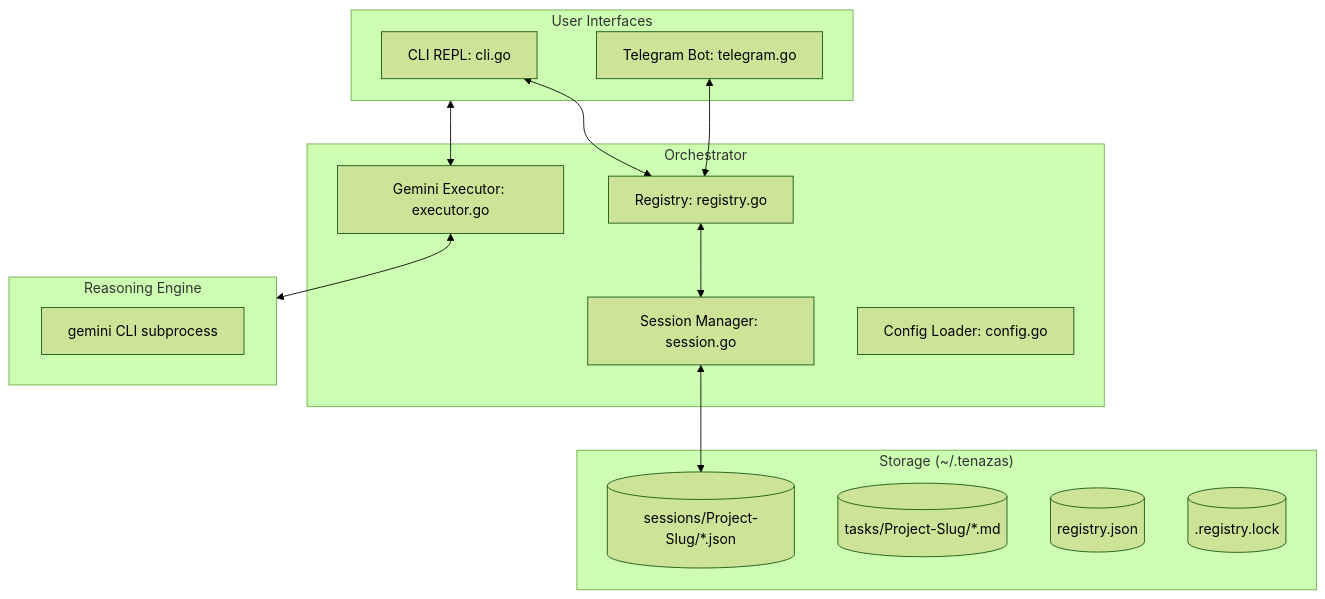
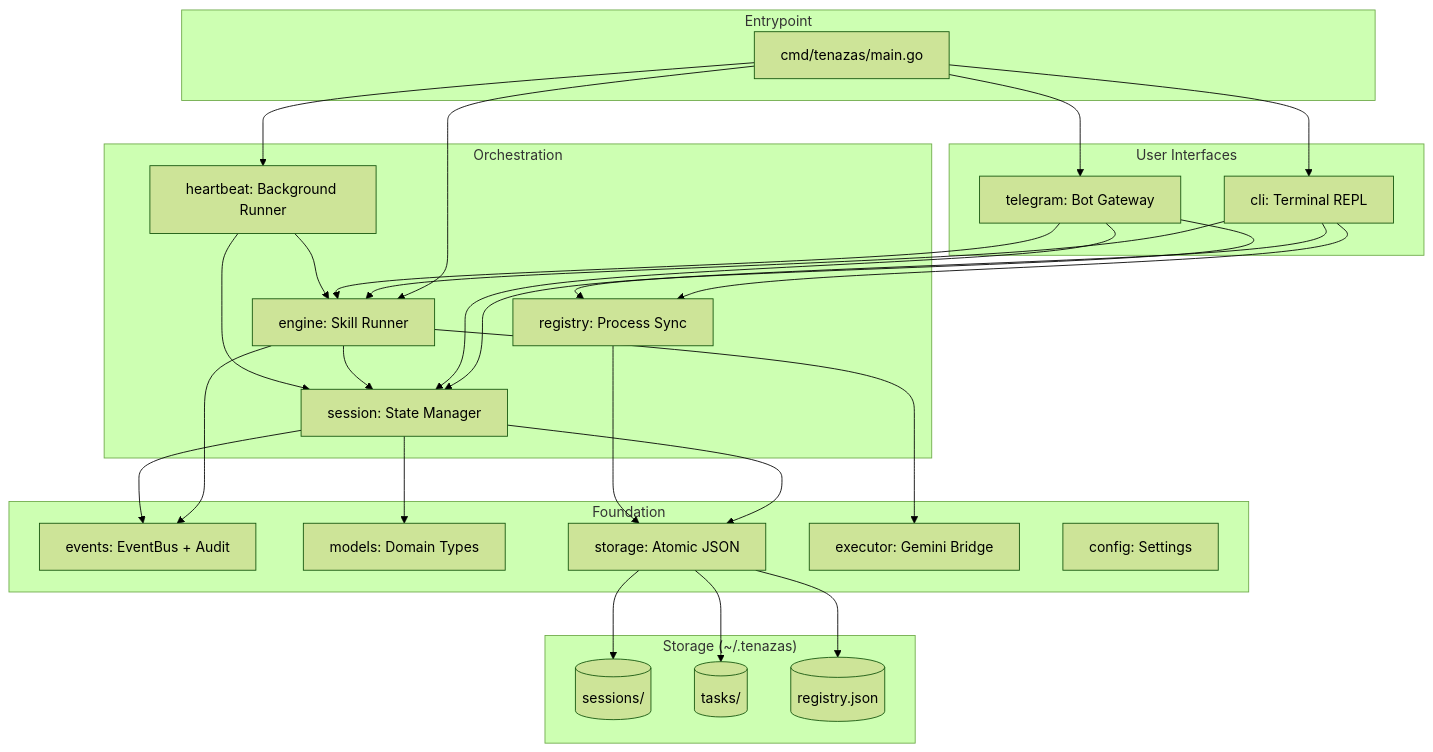
Before and after one commit to pabloubal/tenazas: the diagram in AGENTS.md, drawn with Mermaid (forest theme). The commit also changed other lines of this file and 113 other files, not shown here.

````diff
--- a/AGENTS.md
+++ b/AGENTS.md
@@ -13,32 +41,55 @@
 ```mermaid
 graph TD
-    subgraph Interfaces ["User Interfaces"]
-        CLI[CLI REPL: cli.go]
-        TG[Telegram Bot: telegram.go]
+    subgraph Entrypoint
+        Main[cmd/tenazas/main.go]
     end
 
-    subgraph Core ["Orchestrator"]
-        Registry[Registry: registry.go]
-        SessMgr[Session Manager: session.go]
-        Executor[Gemini Executor: executor.go]
-        Config[Config Loader: config.go]
+    subgraph Interfaces ["User Interfaces"]
+        CLI[cli: Terminal REPL]
+        TG[telegram: Bot Gateway]
+    end
+
+    subgraph Core ["Orchestration"]
+        Engine[engine: Skill Runner]
+        Session[session: State Manager]
+        Registry[registry: Process Sync]
+        HB[heartbeat: Background Runner]
+    end
+
+    subgraph Foundation ["Foundation"]
+        Events[events: EventBus + Audit]
+        Models[models: Domain Types]
+        Storage[storage: Atomic JSON]
+        Executor[executor: Gemini Bridge]
+        Config[config: Settings]
     end
 
     subgraph Persistence ["Storage (~/.tenazas)"]
-        SessFiles[(sessions/Project-Slug/*.json)]
-        TaskFiles[(tasks/Project-Slug/*.md)]
+        SessFiles[(sessions/)]
+        TaskFiles[(tasks/)]
         RegFile[(registry.json)]
-        LockFile[(.registry.lock)]
     end
 
-    subgraph Backend ["Reasoning Engine"]
-        GeminiCLI[gemini CLI subprocess]
-    end
-
-    CLI <--> Registry
-    TG <--> Registry
-    Registry <--> SessMgr
-    SessMgr <--> SessFiles
-    Executor <--> Backend
-    Interfaces <--> Executor
+    Main --> CLI
+    Main --> TG
+    Main --> Engine
+    Main --> HB
+    CLI --> Engine
+    CLI --> Session
+    CLI --> Registry
+    TG --> Engine
+    TG --> Session
+    TG --> Registry
+    Engine --> Session
+    Engine --> Executor
+    Engine --> Events
+    HB --> Engine
+    HB --> Session
+    Session --> Storage
+    Session --> Events
+    Session --> Models
+    Registry --> Storage
+    Storage --> SessFiles
+    Storage --> TaskFiles
+    Storage --> RegFile
 ```
````
